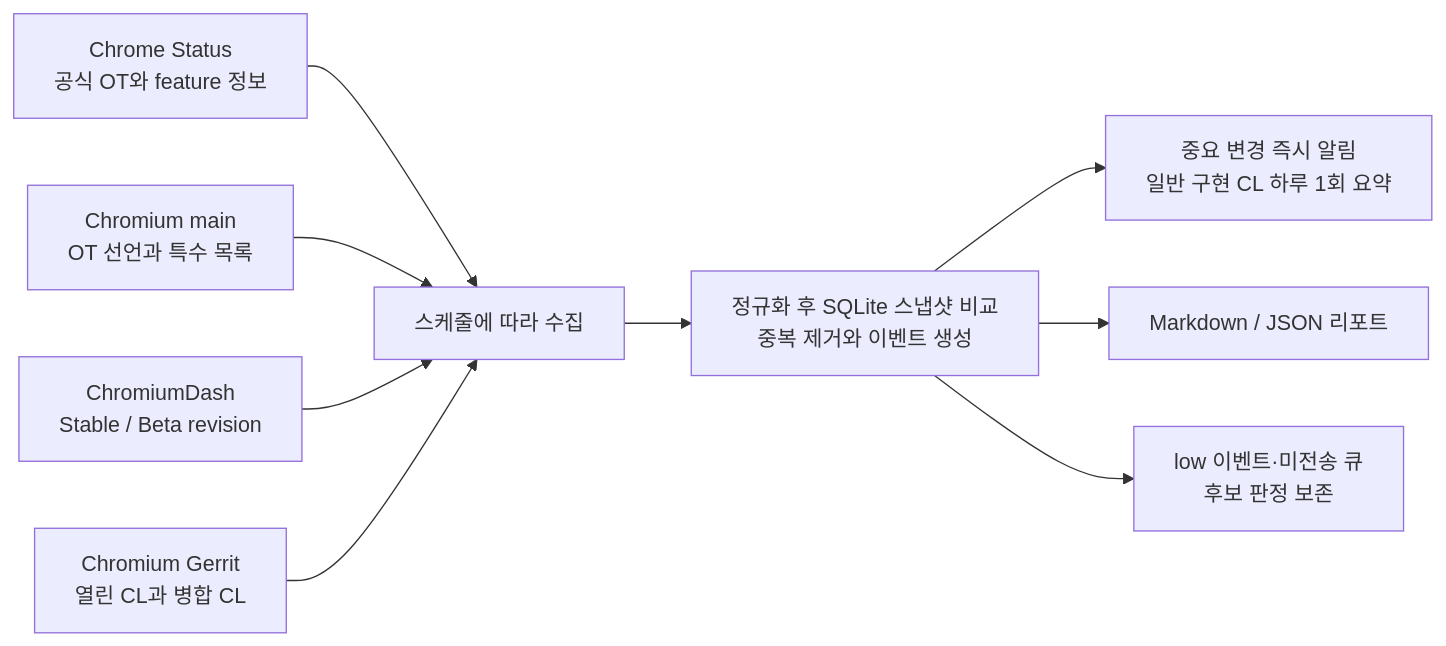
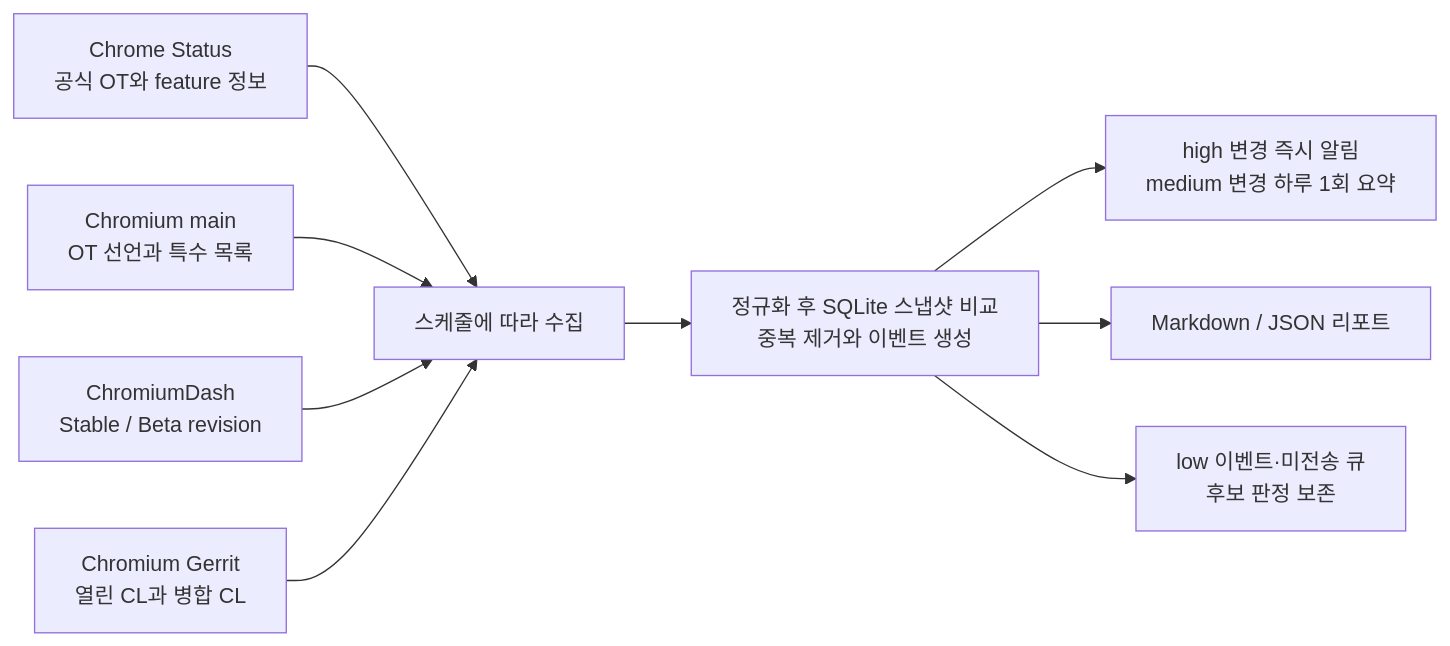
Before and after one commit to 0xHunSec/ot-tracker: the diagram in README.md, drawn with Mermaid. The commit also changed other lines of this file and 5 other files, not shown here.

````diff
--- a/README.md
+++ b/README.md
@@ -133,17 +134,17 @@
 ```mermaid
 flowchart LR
     A[Chrome Status<br/>공식 OT와 feature 정보]
     B[Chromium main<br/>OT 선언과 특수 목록]
     C[ChromiumDash<br/>Stable / Beta revision]
     D[Chromium Gerrit<br/>열린 CL과 병합 CL]
 
     A --> E[스케줄에 따라 수집]
     B --> E
     C --> E
     D --> E
 
     E --> F[정규화 후 SQLite 스냅샷 비교<br/>중복 제거와 이벤트 생성]
-    F --> G[중요 변경 즉시 알림<br/>일반 구현 CL 하루 1회 요약]
+    F --> G[high 변경 즉시 알림<br/>medium 변경 하루 1회 요약]
     F --> H[Markdown / JSON 리포트]
     F --> I[low 이벤트·미전송 큐<br/>후보 판정 보존]
 ```
````
